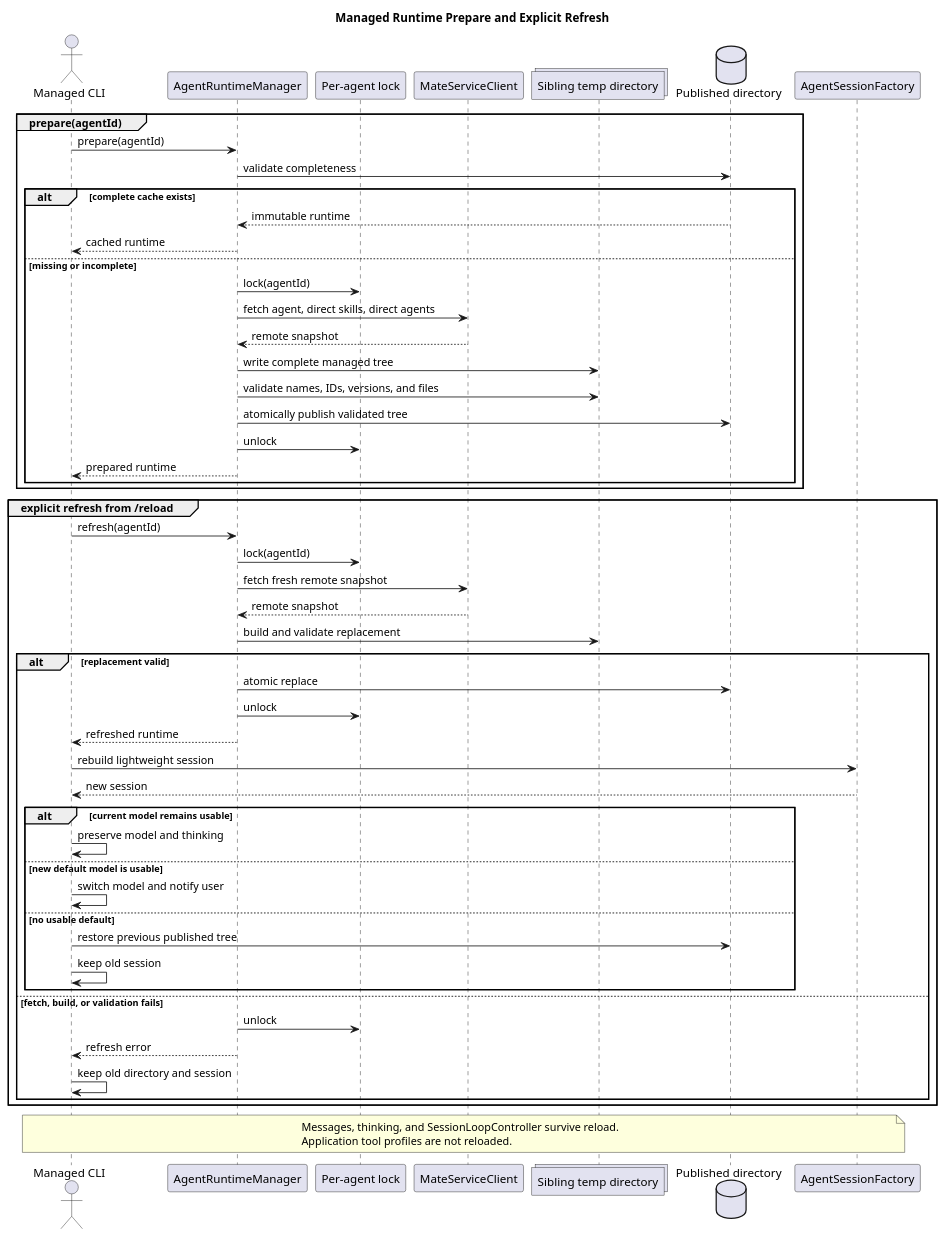
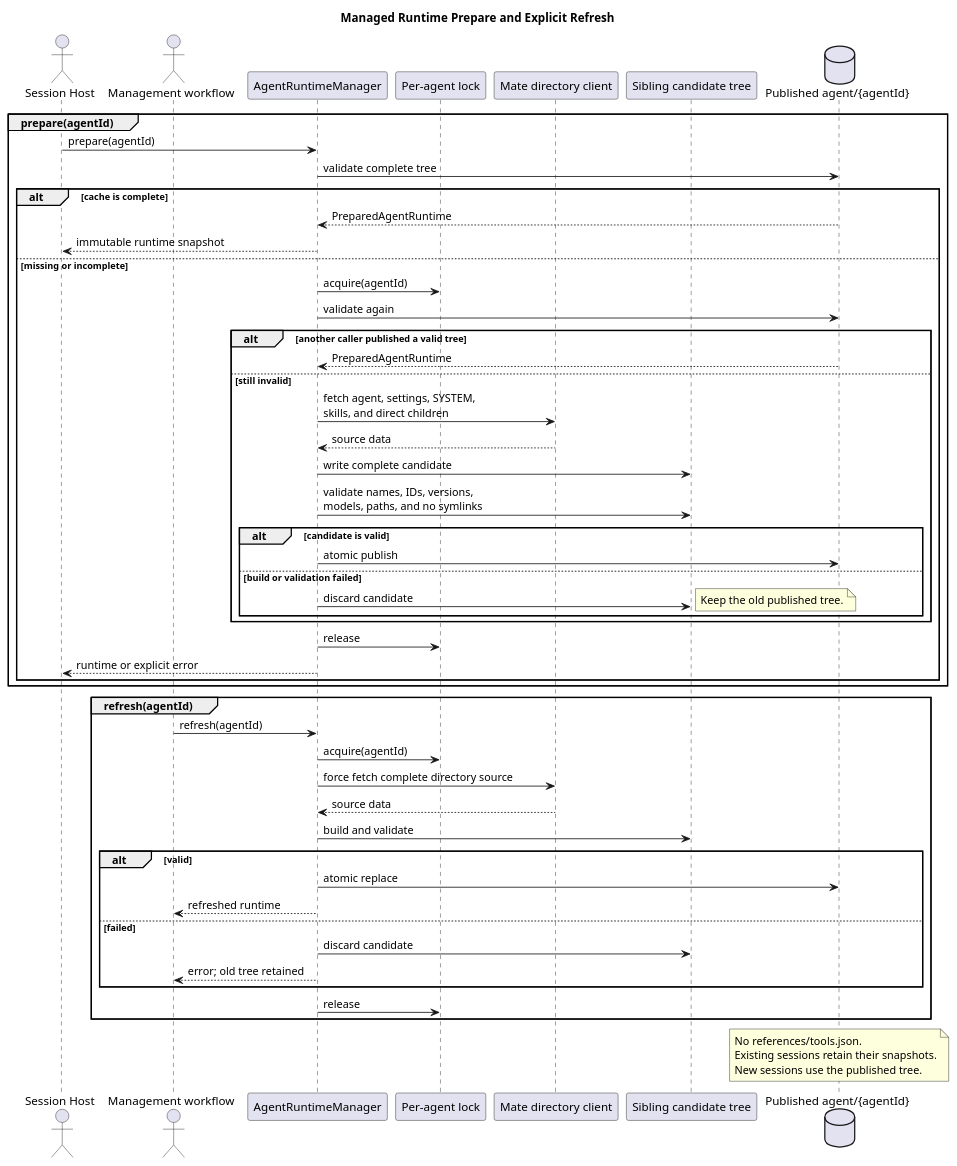
The third of 8 diagrams in pi-mono-java-tool-system/diagram.puml (ssm0808/pi-mono-java-design), drawn with PlantUML before and after one commit. The commit also changed other lines of this file and 13 other files, not shown here.

Commit message:
docs(tool-system): align managed tool contracts

```diff
--- a/pi-mono-java-tool-system/diagram.puml
+++ b/pi-mono-java-tool-system/diagram.puml
@@ -141,68 +148,72 @@
 @startuml managed_runtime_refresh
 title Managed Runtime Prepare and Explicit Refresh
+skinparam shadowing false
 
-' Source evidence: pi-mono-java modules/coding-agent-cli/src/main/java/com/campusclaw/codingagent/runtime/AgentRuntimeManager.java, prepare and materialize
-' Source evidence: pi-mono-java modules/coding-agent-cli/src/main/java/com/campusclaw/codingagent/session/AgentSession.java, reload
-' Observed behavior: prepare is cache-first but currently materializes in place and has no explicit atomic refresh operation.
-' Security hardening: target creation and refresh validate a complete sibling tree before atomic publication.
-' Design reason: refresh failure must preserve the previous directory and active session.
+' Source evidence (CampusClaw d649866):
+' modules/coding-agent-cli/src/main/java/com/campusclaw/codingagent/runtime/AgentRuntimeManager.java:
+' prepare, materialize, isRuntimeComplete
+' Observed behavior: current materialization writes the managed tree directly and
+' generates references/tools.json.
+' Design reason: candidate-tree publication prevents partial reads; explicit
+' management refresh changes only future sessions and never tool configuration.
 
-skinparam shadowing false
-actor "Managed CLI" as CLI
-participant "AgentRuntimeManager" as ARM
-participant "Per-agent lock" as LOCK
-participant "MateServiceClient" as MATE
-collections "Sibling temp directory" as TEMP
-database "Published directory" as LIVE
-participant "AgentSessionFactory" as SF
+actor "Session Host" as Host
+actor "Management workflow" as Admin
+participant "AgentRuntimeManager" as Manager
+participant "Per-agent lock" as Lock
+participant "Mate directory client" as Mate
+participant "Sibling candidate tree" as Candidate
+database "Published agent/{agentId}" as Published
 
 group prepare(agentId)
-  CLI -> ARM : prepare(agentId)
-  ARM -> LIVE : validate completeness
-  alt complete cache exists
-    LIVE --> ARM : immutable runtime
-    ARM --> CLI : cached runtime
+  Host -> Manager : prepare(agentId)
+  Manager -> Published : validate complete tree
+  alt cache is complete
+    Published --> Manager : PreparedAgentRuntime
+    Manager --> Host : immutable runtime snapshot
   else missing or incomplete
-    ARM -> LOCK : lock(agentId)
-    ARM -> MATE : fetch agent, direct skills, direct agents
-    MATE --> ARM : remote snapshot
-    ARM -> TEMP : write complete managed tree
-    ARM -> TEMP : validate names, IDs, versions, and files
-    ARM -> LIVE : atomically publish validated tree
-    ARM -> LOCK : unlock
-    ARM --> CLI : prepared runtime
+    Manager -> Lock : acquire(agentId)
+    Manager -> Published : validate again
+    alt another caller published a valid tree
+      Published --> Manager : PreparedAgentRuntime
+    else still invalid
+      Manager -> Mate : fetch agent, settings, SYSTEM,\nskills, and direct children
+      Mate --> Manager : source data
+      Manager -> Candidate : write complete candidate
+      Manager -> Candidate : validate names, IDs, versions,\nmodels, paths, and no symlinks
+      alt candidate is valid
+        Manager -> Published : atomic publish
+      else build or validation failed
+        Manager -> Candidate : discard candidate
+        note right
+        Keep the old published tree.
+        end note
+      end
+    end
+    Manager -> Lock : release
+    Manager --> Host : runtime or explicit error
   end
 end
 
-group explicit refresh from /reload
-  CLI -> ARM : refresh(agentId)
-  ARM -> LOCK : lock(agentId)
-  ARM -> MATE : fetch fresh remote snapshot
-  MATE --> ARM : remote snapshot
-  ARM -> TEMP : build and validate replacement
-  alt replacement valid
-    ARM -> LIVE : atomic replace
-    ARM -> LOCK : unlock
-    ARM --> CLI : refreshed runtime
-    CLI -> SF : rebuild lightweight session
-    SF --> CLI : new session
-    alt current model remains usable
-      CLI -> CLI : preserve model and thinking
-    else new default model is usable
-      CLI -> CLI : switch model and notify user
-    else no usable default
-      CLI -> LIVE : restore previous published tree
-      CLI -> CLI : keep old session
-    end
-  else fetch, build, or validation fails
-    ARM -> LOCK : unlock
-    ARM --> CLI : refresh error
-    CLI -> CLI : keep old directory and session
+group refresh(agentId)
+  Admin -> Manager : refresh(agentId)
+  Manager -> Lock : acquire(agentId)
+  Manager -> Mate : force fetch complete directory source
+  Mate --> Manager : source data
+  Manager -> Candidate : build and validate
+  alt valid
+    Manager -> Published : atomic replace
+    Manager --> Admin : refreshed runtime
+  else failed
+    Manager -> Candidate : discard candidate
+    Manager --> Admin : error; old tree retained
   end
+  Manager -> Lock : release
 end
 
-note over CLI,SF
-Messages, thinking, and SessionLoopController survive reload.
-Application tool profiles are not reloaded.
+note over Published
+No references/tools.json.
+Existing sessions retain their snapshots.
+New sessions use the published tree.
 end note
 @enduml
```
